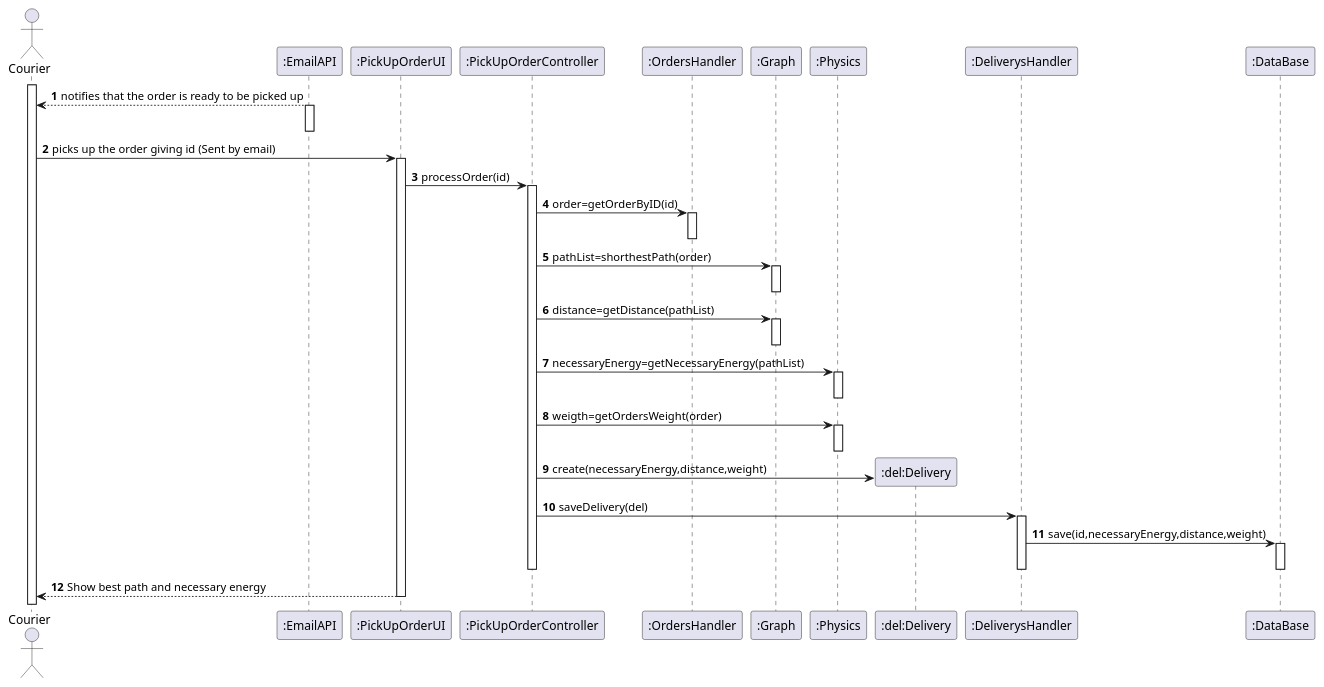
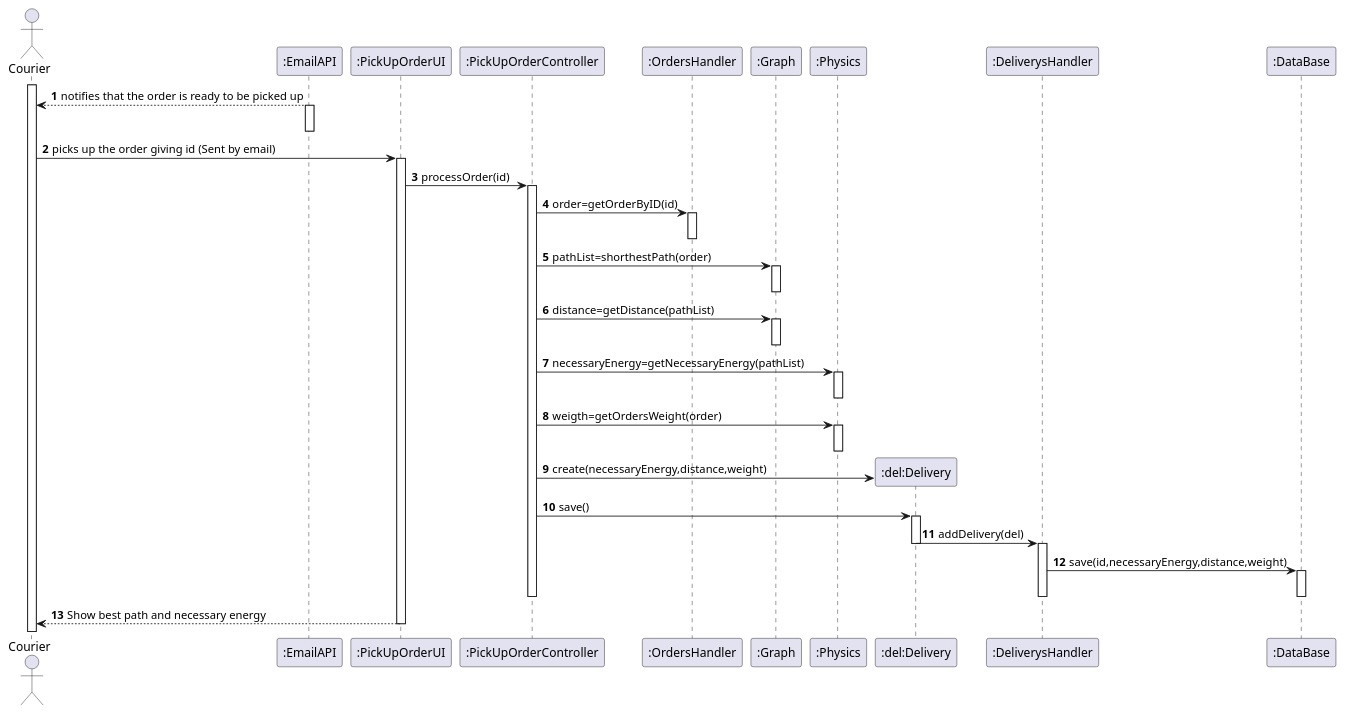
One commit to 1190452/LAPR3 changed the diagram in Documents/UC15/SD.puml. Above: the diagram before and after it, drawn with PlantUML. The commit also changed 2 other files, not shown here.

```diff
--- a/Documents/UC15/SD.puml
+++ b/Documents/UC15/SD.puml
@@ -1,66 +1,72 @@
 @startuml
 autonumber
 'hide footbox
 actor "Courier" as COL
 
 participant ":EmailAPI" as EMAIL
 participant ":PickUpOrderUI" as UI
 participant ":PickUpOrderController" as CTRL
 participant ":OrdersHandler" as ORD
 participant ":Graph" as GRA
 participant ":Physics" as PH
 participant ":del:Delivery" as DELI
 participant ":DeliverysHandler" as DEH
 participant ":DataBase" as DB
 
 activate COL
 
 EMAIL --> COL :notifies that the order is ready to be picked up
 activate EMAIL
 deactivate EMAIL
 
 COL -> UI :picks up the order giving id (Sent by email)
 activate UI
 UI -> CTRL :processOrder(id)
 activate CTRL
 CTRL -> ORD :order=getOrderByID(id)
 activate ORD
 deactivate ORD
 CTRL -> GRA :pathList=shorthestPath(order)
 activate GRA
 deactivate GRA
 CTRL -> GRA :distance=getDistance(pathList)
 activate GRA
 deactivate GRA
 CTRL -> PH :necessaryEnergy=getNecessaryEnergy(pathList)
 activate PH
 deactivate PH
 CTRL -> PH :weigth=getOrdersWeight(order)
 activate PH
 deactivate PH
 CTRL -> DELI**: create(necessaryEnergy,distance,weight)
 
-CTRL -> DEH : saveDelivery(del)
+CTRL -> DELI : save()
+activate DELI
+
+DELI -> DEH : addDelivery(del)
+deactivate DELI
 activate DEH
+
+deactivate DEH
 
 DEH -> DB : save(id,necessaryEnergy,distance,weight)
 activate DB
 deactivate DB
 deactivate DEH
 
 
 deactivate CTRL
 
 
 
 
 
 UI --> COL : Show best path and necessary energy
 
 deactivate UI
 
 
 
 
 
 @enduml
```
